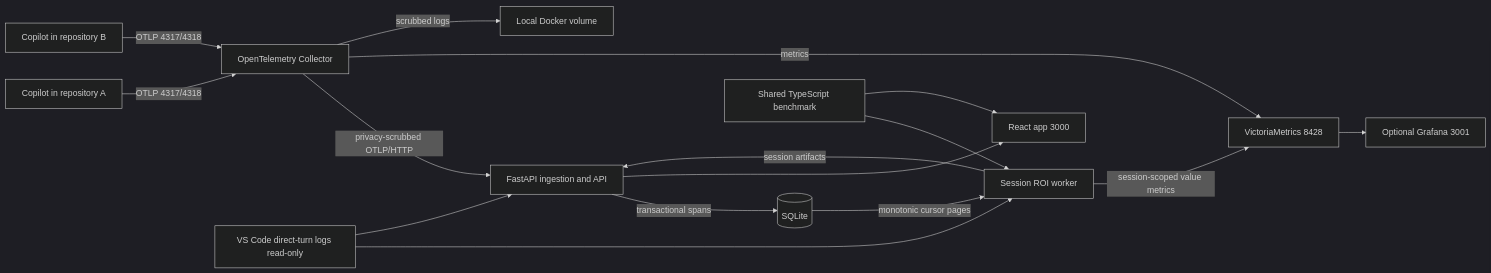
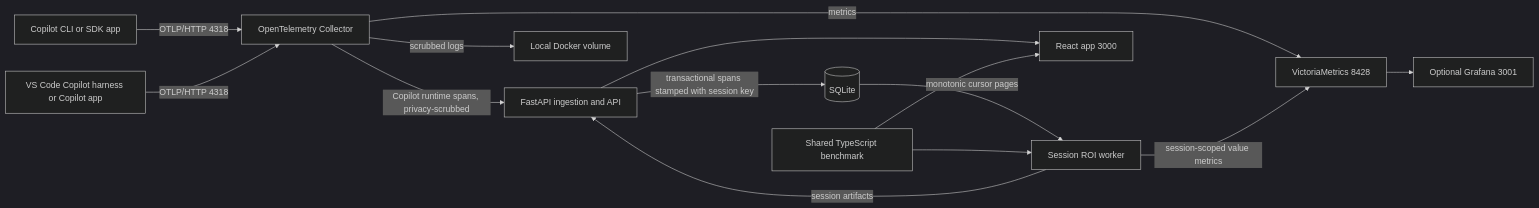
Before and after one commit to melabadi/Algalon: the diagram in README.md, drawn with Mermaid (dark theme). The commit also changed other lines of this file and 71 other files, not shown here.

````diff
--- a/README.md
+++ b/README.md
@@ -34,18 +34,16 @@
 ```mermaid
 flowchart LR
-  C1[Copilot in repository A] -->|OTLP 4317/4318| O[OpenTelemetry Collector]
-  C2[Copilot in repository B] -->|OTLP 4317/4318| O
-  O -->|privacy-scrubbed OTLP/HTTP| A[FastAPI ingestion and API]
-  A -->|transactional spans| S[(SQLite)]
-  S -->|monotonic cursor pages| W
-  L[VS Code direct-turn logs read-only] --> W[Session ROI worker]
+  C1[Copilot CLI or SDK app] -->|OTLP/HTTP 4318| O[OpenTelemetry Collector]
+  C2[VS Code Copilot harness or Copilot app] -->|OTLP/HTTP 4318| O
+  O -->|Copilot runtime spans, privacy-scrubbed| A[FastAPI ingestion and API]
+  A -->|transactional spans stamped with session key| S[(SQLite)]
+  S -->|monotonic cursor pages| W[Session ROI worker]
   B[Shared TypeScript benchmark] --> W
   O -->|metrics| V[VictoriaMetrics 8428]
   O -->|scrubbed logs| F[Local Docker volume]
   W -->|session-scoped value metrics| V
   W -->|session artifacts| A
-  L --> A
   A --> U[React app 3000]
   B --> U
   V --> G[Optional Grafana 3001]
 ```
````
